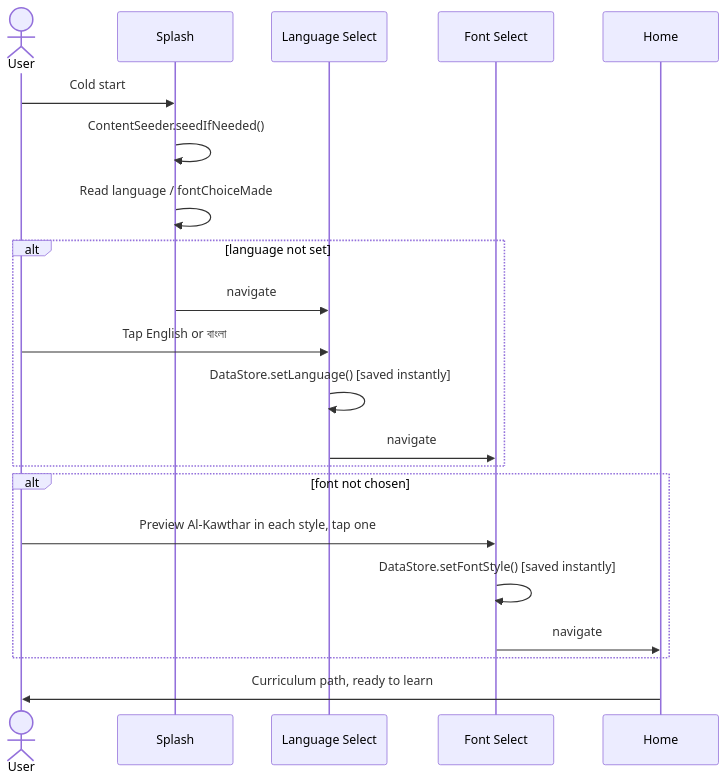
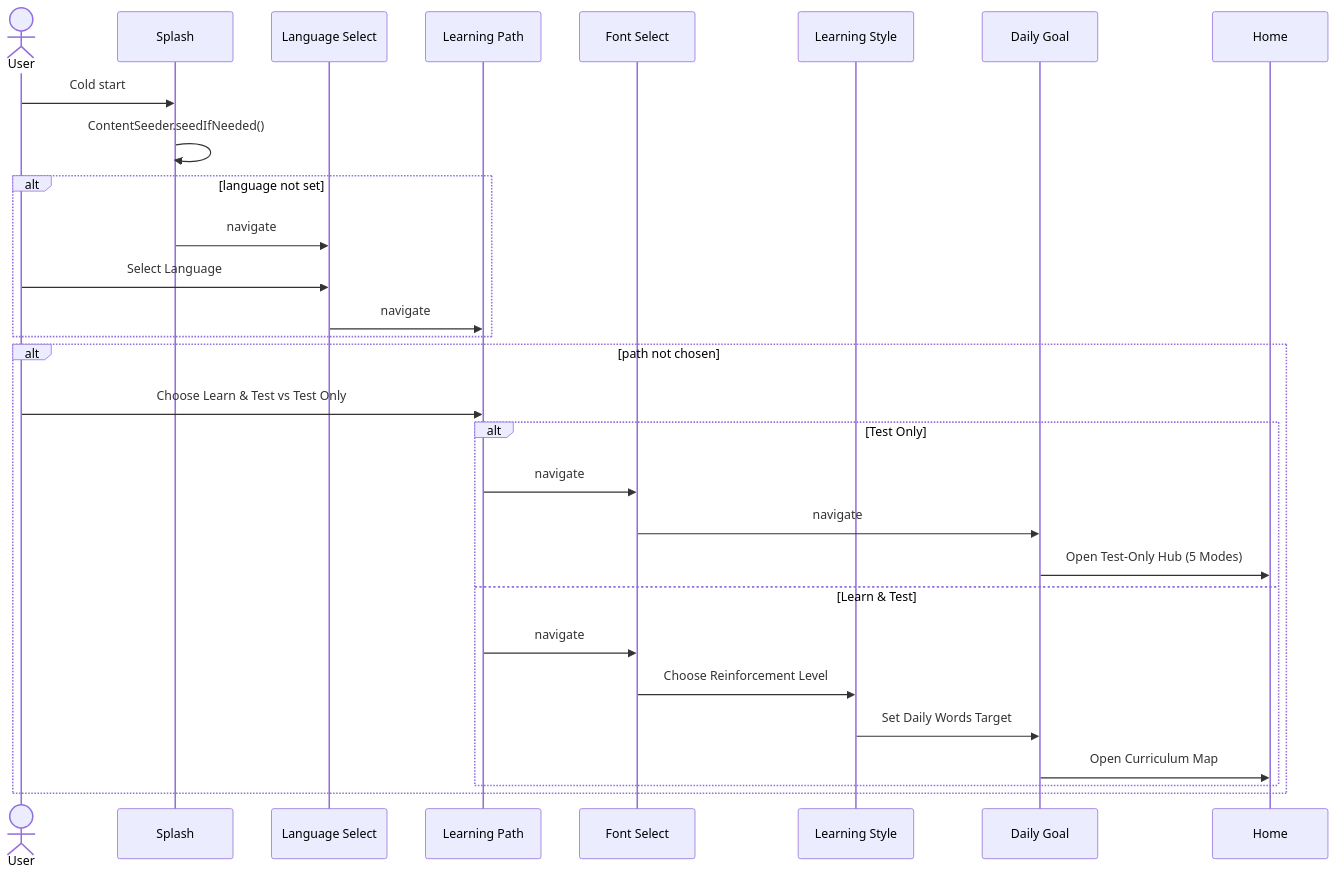
Before and after one commit to deanybytes/QuranicWords: the first of 3 diagrams in docs/USER_FLOWS.md, drawn with Mermaid. The commit also changed other lines of this file and 13 other files, not shown here.

````diff
--- a/docs/USER_FLOWS.md
+++ b/docs/USER_FLOWS.md
@@ -9,24 +7,32 @@
 ```mermaid
 sequenceDiagram
     actor User
     participant Splash
     participant Lang as Language Select
+    participant Path as Learning Path
     participant Font as Font Select
+    participant Style as Learning Style
+    participant Goal as Daily Goal
     participant Home
 
     User->>Splash: Cold start
     Splash->>Splash: ContentSeeder.seedIfNeeded()
-    Splash->>Splash: Read language / fontChoiceMade
     alt language not set
         Splash->>Lang: navigate
-        User->>Lang: Tap English or বাংলা
-        Lang->>Lang: DataStore.setLanguage() [saved instantly]
-        Lang->>Font: navigate
+        User->>Lang: Select Language
+        Lang->>Path: navigate
     end
-    alt font not chosen
-        User->>Font: Preview Al-Kawthar in each style, tap one
-        Font->>Font: DataStore.setFontStyle() [saved instantly]
-        Font->>Home: navigate
+    alt path not chosen
+        User->>Path: Choose Learn & Test vs Test Only
+        alt Test Only
+            Path->>Font: navigate
+            Font->>Goal: navigate
+            Goal->>Home: Open Test-Only Hub (5 Modes)
+        else Learn & Test
+            Path->>Font: navigate
+            Font->>Style: Choose Reinforcement Level
+            Style->>Goal: Set Daily Words Target
+            Goal->>Home: Open Curriculum Map
+        end
     end
-    Home->>User: Curriculum path, ready to learn
 ```
````
